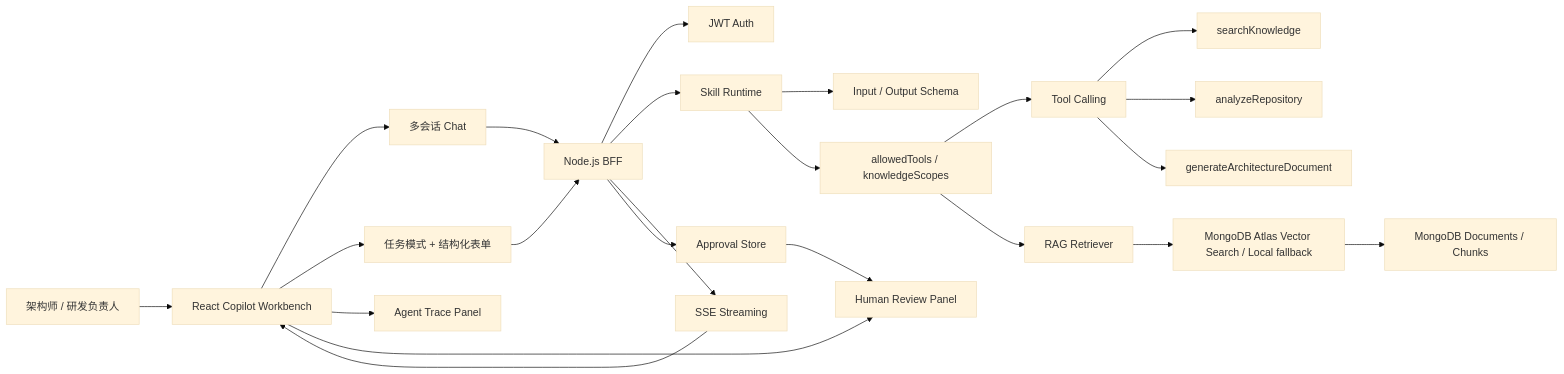
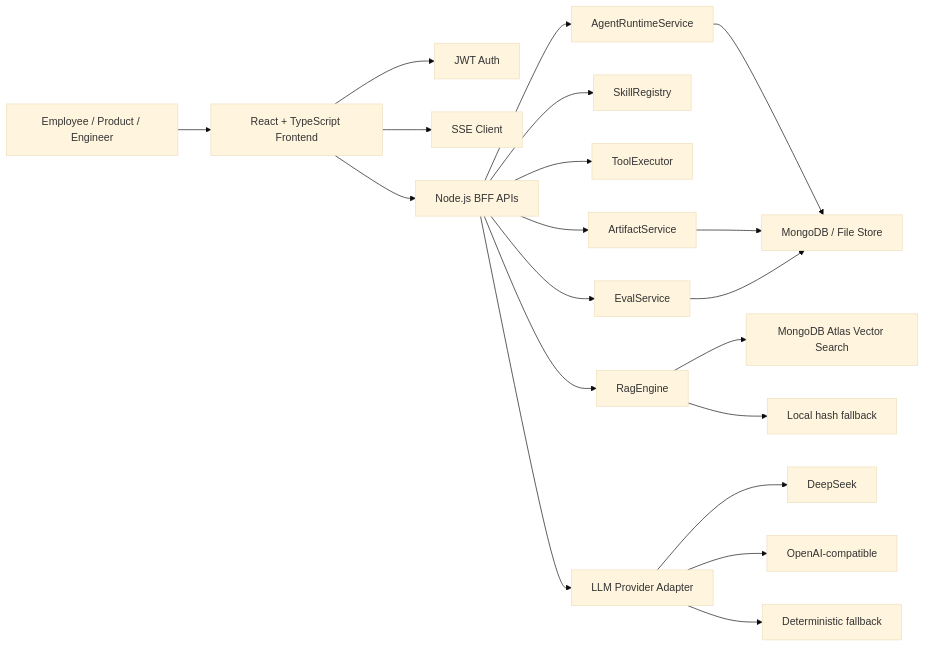
Before and after one commit to superwolfman/aidemo: the first of 2 diagrams in README.md, drawn with Mermaid (base theme). The commit also changed other lines of this file and 4 other files, not shown here.

````diff
--- a/README.md
+++ b/README.md
@@ -797,25 +151,25 @@
 ```mermaid
 flowchart LR
-  User["架构师 / 研发负责人"] --> UI["React Copilot Workbench"]
-  UI --> Chat["多会话 Chat"]
-  UI --> Task["任务模式 + 结构化表单"]
-  UI --> Trace["Agent Trace Panel"]
-  UI --> Review["Human Review Panel"]
-  Chat --> BFF["Node.js BFF"]
-  Task --> BFF
-  BFF --> Auth["JWT Auth"]
-  BFF --> Skill["Skill Runtime"]
-  Skill --> Schema["Input / Output Schema"]
-  Skill --> Guard["allowedTools / knowledgeScopes"]
-  Guard --> Tools["Tool Calling"]
-  Guard --> RAG["RAG Retriever"]
-  Tools --> Search["searchKnowledge"]
-  Tools --> Repo["analyzeRepository"]
-  Tools --> Doc["generateArchitectureDocument"]
-  RAG --> Vector["MongoDB Atlas Vector Search / Local fallback"]
-  Vector --> Mongo["MongoDB Documents / Chunks"]
-  BFF --> SSE["SSE Streaming"]
-  SSE --> UI
-  BFF --> Approval["Approval Store"]
-  Approval --> Review
+  U["Employee / Product / Engineer"] --> FE["React + TypeScript Frontend"]
+  FE --> AUTH["JWT Auth"]
+  FE --> SSE["SSE Client"]
+  FE --> API["Node.js BFF APIs"]
+
+  API --> RUNTIME["AgentRuntimeService"]
+  API --> SKILL["SkillRegistry"]
+  API --> TOOL["ToolExecutor"]
+  API --> ART["ArtifactService"]
+  API --> EVAL["EvalService"]
+  API --> RAG["RagEngine"]
+  API --> LLM["LLM Provider Adapter"]
+
+  RAG --> VEC1["MongoDB Atlas Vector Search"]
+  RAG --> VEC2["Local hash fallback"]
+  LLM --> DS["DeepSeek"]
+  LLM --> OAI["OpenAI-compatible"]
+  LLM --> LOCAL["Deterministic fallback"]
+
+  RUNTIME --> DB["MongoDB / File Store"]
+  ART --> DB
+  EVAL --> DB
 ```
````
